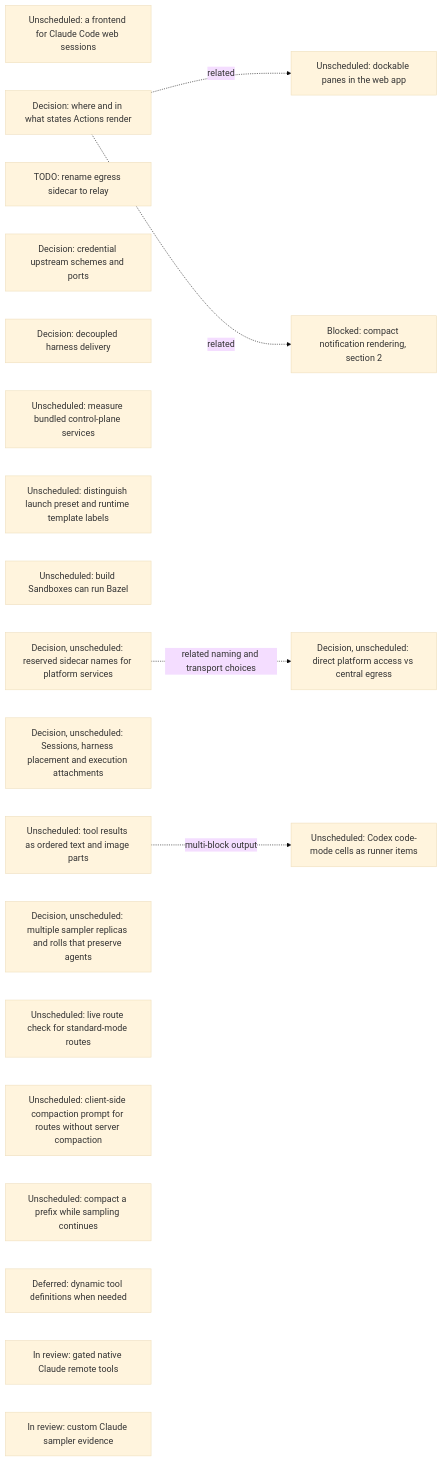
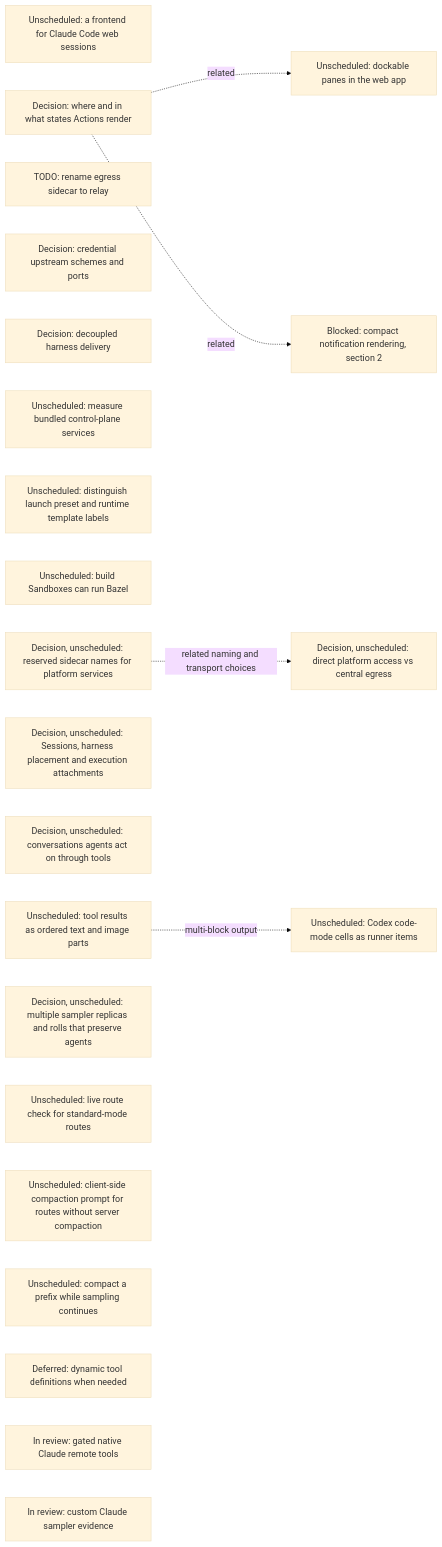
The sixth of 18 diagrams in agentplane/plans/task_dag.md (agentydragon/ducktape), drawn with Mermaid (base theme) before and after one commit. The commit also changed other lines of this file, not shown here.

Commit message:
docs(agentplane): track agent-authored conversation design

````diff
--- a/agentplane/plans/task_dag.md
+++ b/agentplane/plans/task_dag.md
@@ -541,28 +541,29 @@
 ```mermaid
 flowchart LR
     CLAUDE_CODE_WEB_BRIDGE[Unscheduled: a frontend for Claude Code web sessions]
     ACTION_SURFACES_DESIGN[Decision: where and in what states Actions render]
     EGRESS_RELAY_RENAME[TODO: rename egress sidecar to relay]
     EGRESS_CREDENTIAL_TRANSPORT_DESIGN[Decision: credential upstream schemes and ports]
     RUNNER_HARNESS_DELIVERY_DESIGN[Decision: decoupled harness delivery]
     K3S_BUNDLED_SERVICES_SPIKE[Unscheduled: measure bundled control-plane services]
     DOCKABLE_PANES[Unscheduled: dockable panes in the web app]
     ACTION_SURFACES_DESIGN -. related .-> DOCKABLE_PANES
     NOTIFICATION_PRESENTATION[Blocked: compact notification rendering, section 2]
     ACTION_SURFACES_DESIGN -. related .-> NOTIFICATION_PRESENTATION
     SANDBOX_FORM_TERMINOLOGY[Unscheduled: distinguish launch preset and runtime template labels]
     BUILD_BOX_BAZEL[Unscheduled: build Sandboxes can run Bazel]
     PLATFORM_SERVICE_NAMES_DESIGN[Decision, unscheduled: reserved sidecar names for platform services]
     PLATFORM_SERVICE_ROUTING_DESIGN[Decision, unscheduled: direct platform access vs central egress]
     PLATFORM_SERVICE_NAMES_DESIGN -. related naming and transport choices .-> PLATFORM_SERVICE_ROUTING_DESIGN
     SESSION_RUNTIME_MODEL_DESIGN[Decision, unscheduled: Sessions, harness placement and execution attachments]
+    AGENT_AUTHORED_CONVERSATIONS_DESIGN[Decision, unscheduled: conversations agents act on through tools]
     STRUCTURED_TOOL_OUTPUT[Unscheduled: tool results as ordered text and image parts]
     STRUCTURED_TOOL_OUTPUT -. multi-block output .-> CODEX_CODE_MODE_CELLS[Unscheduled: Codex code-mode cells as runner items]
     CENTRAL_SAMPLER_REPLICA_ROLLOUT[Decision, unscheduled: multiple sampler replicas and rolls that preserve agents]
     CENTRAL_SAMPLER_MODEL_CAPABILITIES[Unscheduled: live route check for standard-mode routes]
     CENTRAL_SAMPLER_PROMPT_COMPACTION[Unscheduled: client-side compaction prompt for routes without server compaction]
     CENTRAL_SAMPLER_BACKGROUND_COMPACTION[Unscheduled: compact a prefix while sampling continues]
     CENTRAL_SAMPLER_DYNAMIC_TOOLS[Deferred: dynamic tool definitions when needed]
     CLAUDE_REMOTE_EXECUTION_SPIKE[In review: gated native Claude remote tools]
     CLAUDE_CUSTOM_SAMPLER[In review: custom Claude sampler evidence]
 ```
````
